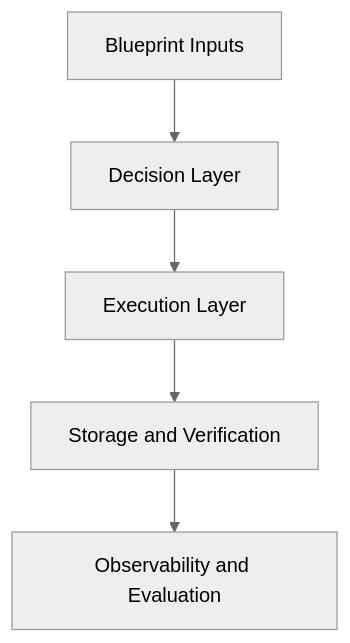
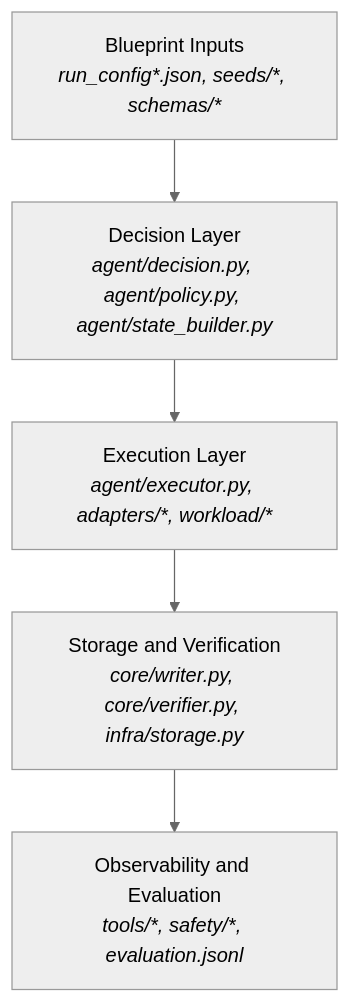
The second of 2 diagrams in _plans/auton_and_agent_layers.md (jigargor/stateful-indecision), drawn with Mermaid (neutral theme) before and after one commit. The commit also changed other lines of this file and 100 other files, not shown here.

````diff
--- a/_plans/auton_and_agent_layers.md
+++ b/_plans/auton_and_agent_layers.md
@@ -186,10 +242,10 @@
 ```mermaid
 flowchart TD
-    blueprint[Blueprint Inputs]
-    decisionLayer[Decision Layer]
-    executionLayer[Execution Layer]
-    storageLayer[Storage and Verification]
-    observabilityLayer[Observability and Evaluation]
+    blueprint["Blueprint Inputs<br/><i>run_config*.json, seeds/*, schemas/*</i>"]
+    decisionLayer["Decision Layer<br/><i>agent/decision.py, agent/policy.py, agent/state_builder.py</i>"]
+    executionLayer["Execution Layer<br/><i>agent/executor.py, adapters/*, workload/*</i>"]
+    storageLayer["Storage and Verification<br/><i>core/writer.py, core/verifier.py, infra/storage.py</i>"]
+    observabilityLayer["Observability and Evaluation<br/><i>tools/*, safety/*, evaluation.jsonl</i>"]
 
     blueprint --> decisionLayer --> executionLayer --> storageLayer --> observabilityLayer
 ```
````
